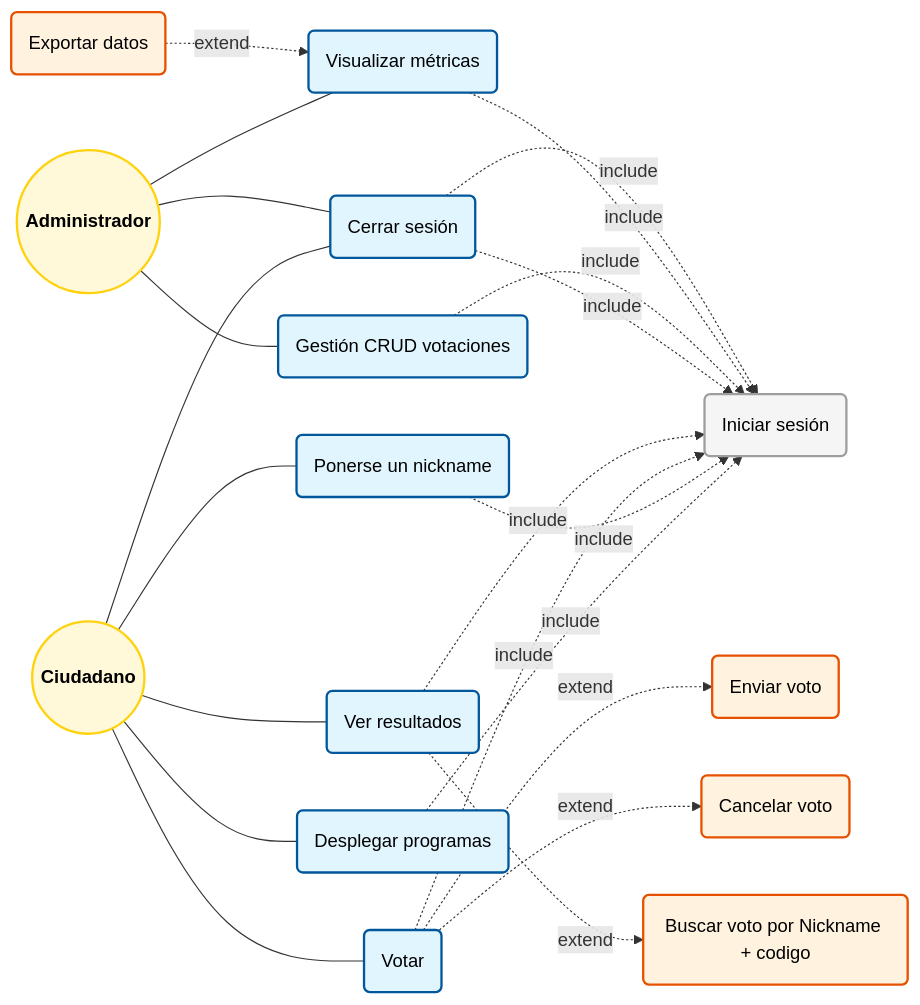
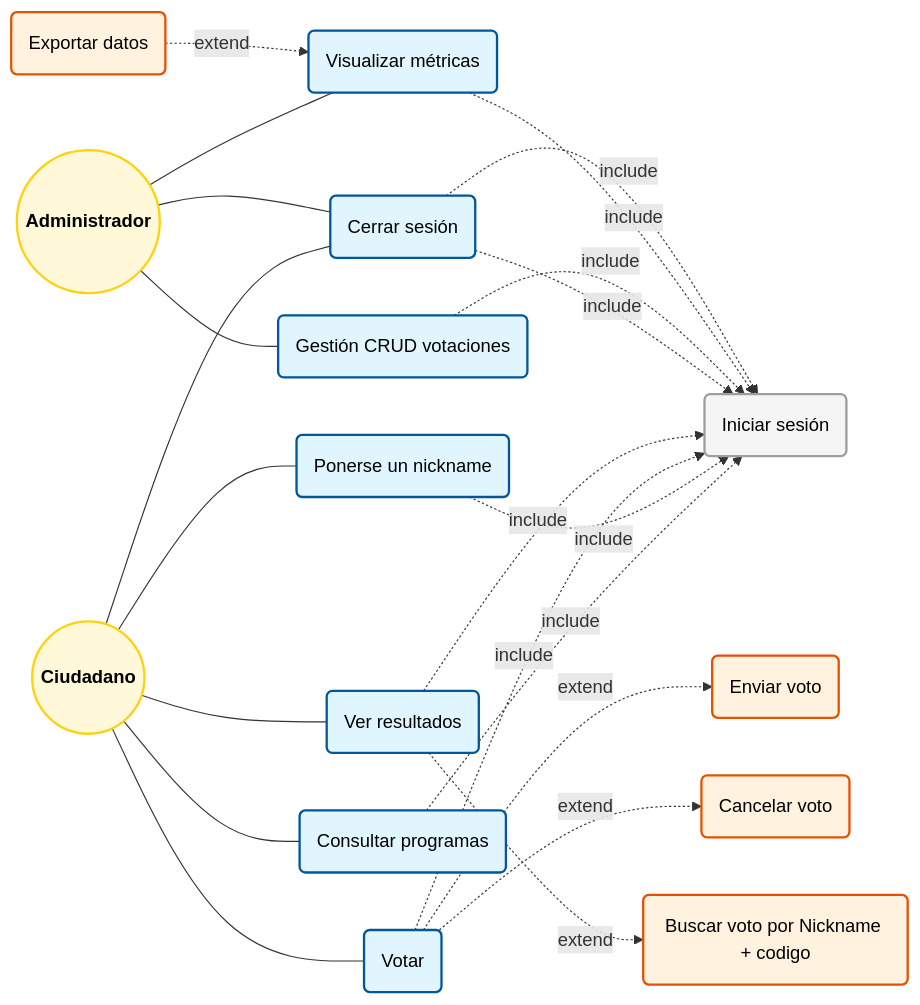
Before and after one commit to OnyxVariables/AGORA: the first of 15 diagrams in docs/Diagrama_CasosdeUso.md, drawn with Mermaid. The commit also changed other lines of this file and 5 other files, not shown here.

Commit message:
Replace Desplegar to Consultar and update svg's architecture

````diff
--- a/docs/Diagrama_CasosdeUso.md
+++ b/docs/Diagrama_CasosdeUso.md
@@ -23,54 +23,54 @@
 ```mermaid
 graph LR
     %% Estilos
     classDef actor fill:#fff8d9,stroke:#ffd20e,stroke-width:2px,color:#000
     classDef primario fill:#e1f5fe,stroke:#01579b,stroke-width:2px,color:#000
     classDef soporte fill:#f5f5f5,stroke:#9e9e9e,stroke-width:2px,color:#000
     classDef extendido fill:#fff3e0,stroke:#e65100,stroke-width:2px,color:#000
 
     %% Actores
     Ciudadano((<b>Ciudadano</b>)):::actor
     Administrador((<b>Administrador</b>)):::actor
 
     %% Casos de Uso: Ciudadano
     UC_Login(Iniciar sesión):::soporte
-    UC_Desplegar(Desplegar programas):::primario
+    UC_Consultar(Consultar programas):::primario
     UC_Nickname(Ponerse un nickname):::primario
     UC_Votar(Votar):::primario
     UC_Enviar(Enviar voto):::extendido
     UC_Cancelar(Cancelar voto):::extendido
     UC_Resultados(Ver resultados):::primario
     UC_Buscar(Buscar voto por Nickname + codigo):::extendido
     UC_Salir(Cerrar sesión):::primario
 
     %% Casos de Uso: Administrador
     UC_CRUD(Gestión CRUD votaciones):::primario
     UC_Metricas(Visualizar métricas):::primario
     UC_Exportar(Exportar datos):::extendido
 
     %% Relaciones Ciudadano
-    Ciudadano --- UC_Desplegar
+    Ciudadano --- UC_Consultar
     Ciudadano --- UC_Nickname
     Ciudadano --- UC_Votar
     Ciudadano --- UC_Resultados
     Ciudadano --- UC_Salir
 
-    UC_Desplegar -.->|include| UC_Login
+    UC_Consultar -.->|include| UC_Login
     UC_Nickname -.->|include| UC_Login
     UC_Votar -.->|include| UC_Login
     UC_Votar -.->|extend| UC_Enviar
     UC_Votar -.->|extend| UC_Cancelar
     UC_Resultados -.->|include| UC_Login
     UC_Resultados -.->|extend| UC_Buscar
     UC_Salir -.->|include| UC_Login
 
     %% Relaciones Administrador
     Administrador --- UC_CRUD
     Administrador --- UC_Metricas
     Administrador --- UC_Salir
 
     UC_CRUD -.->|include| UC_Login
     UC_Metricas -.->|include| UC_Login
     UC_Exportar -.->|extend| UC_Metricas
     UC_Salir -.->|include| UC_Login
 ```
````
